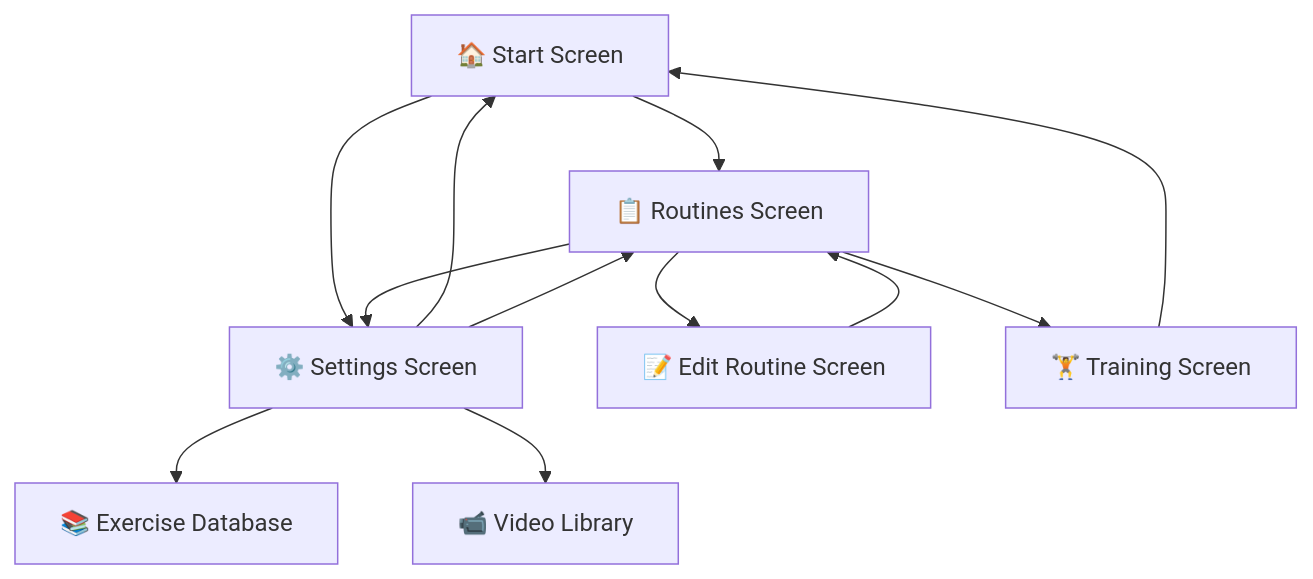
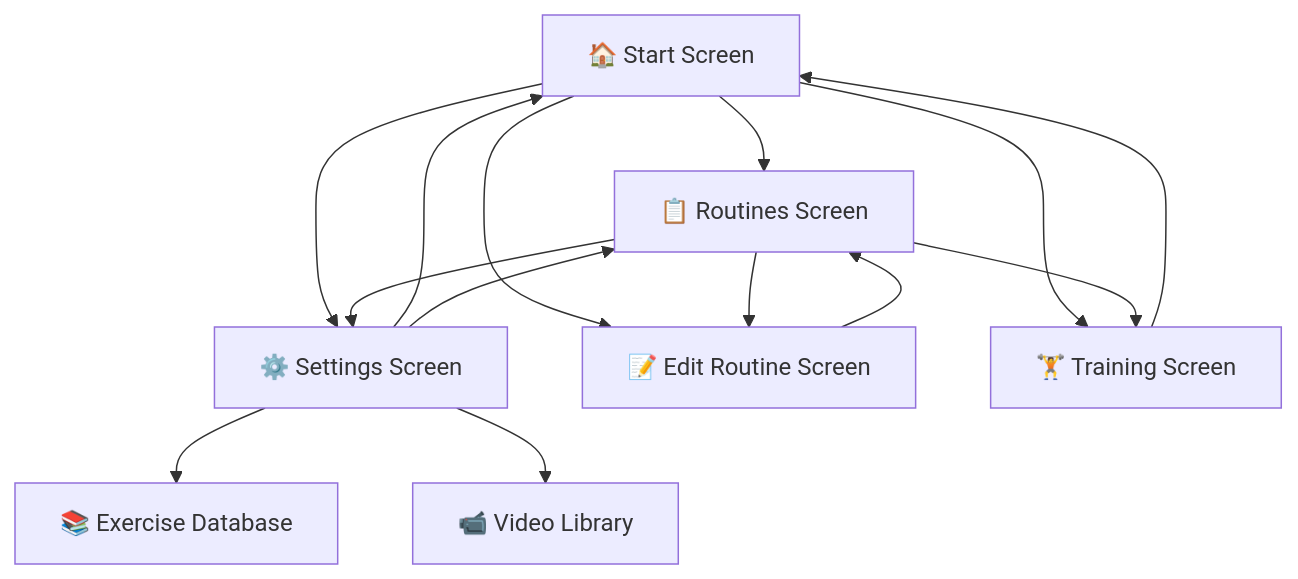
The diagram in README.md (Ramigiusz/GymApp), drawn with Mermaid before and after one commit.

````diff
--- a/README.md
+++ b/README.md
@@ -68,25 +68,27 @@
 ```mermaid
 flowchart TD
     Start["🏠 Start Screen"]
     Settings["⚙️ Settings Screen"]
     Routines["📋 Routines Screen"]
     EditRoutine["📝 Edit Routine Screen"]
     Training["🏋️ Training Screen"]
     ExerciseDB["📚 Exercise Database"]
     VideoLibrary["📹 Video Library"]
 
     Start --> Routines
     Start --> Settings
+    Start --> EditRoutine
+    Start --> Training
 
     Settings --> ExerciseDB
     Settings --> VideoLibrary
     Settings --> Start
     Settings --> Routines
 
     Routines --> EditRoutine
     Routines --> Training
     Routines --> Settings
 
     EditRoutine --> Routines
     Training --> Start
 ```
````
